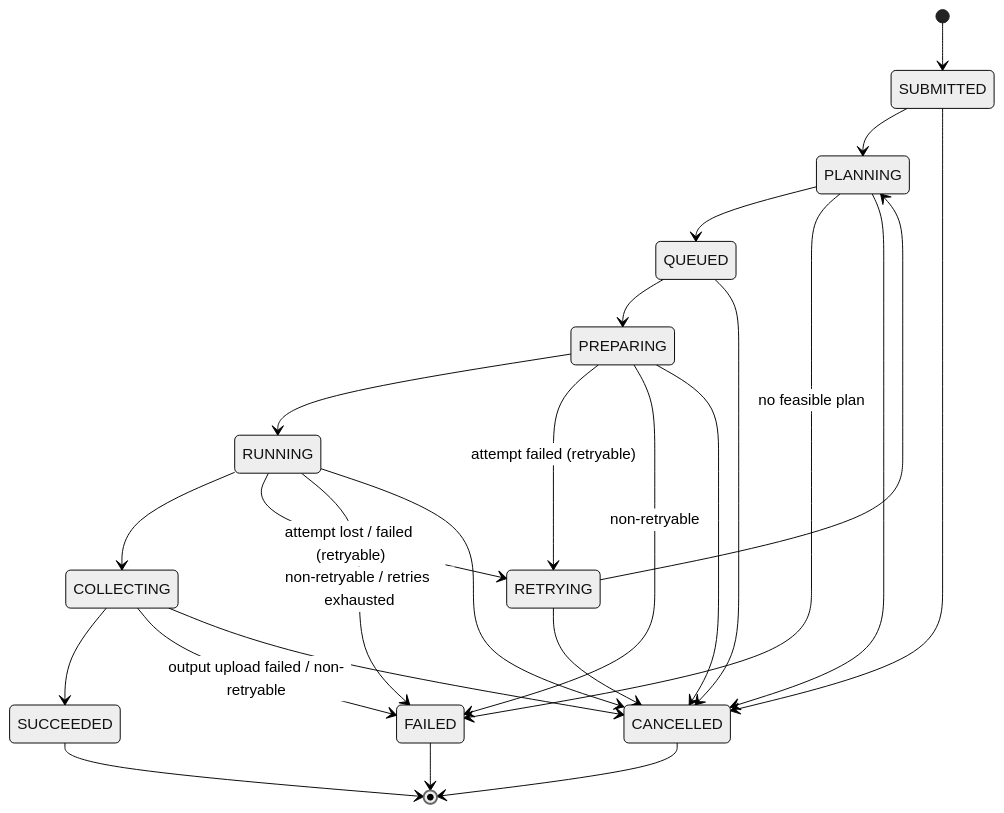
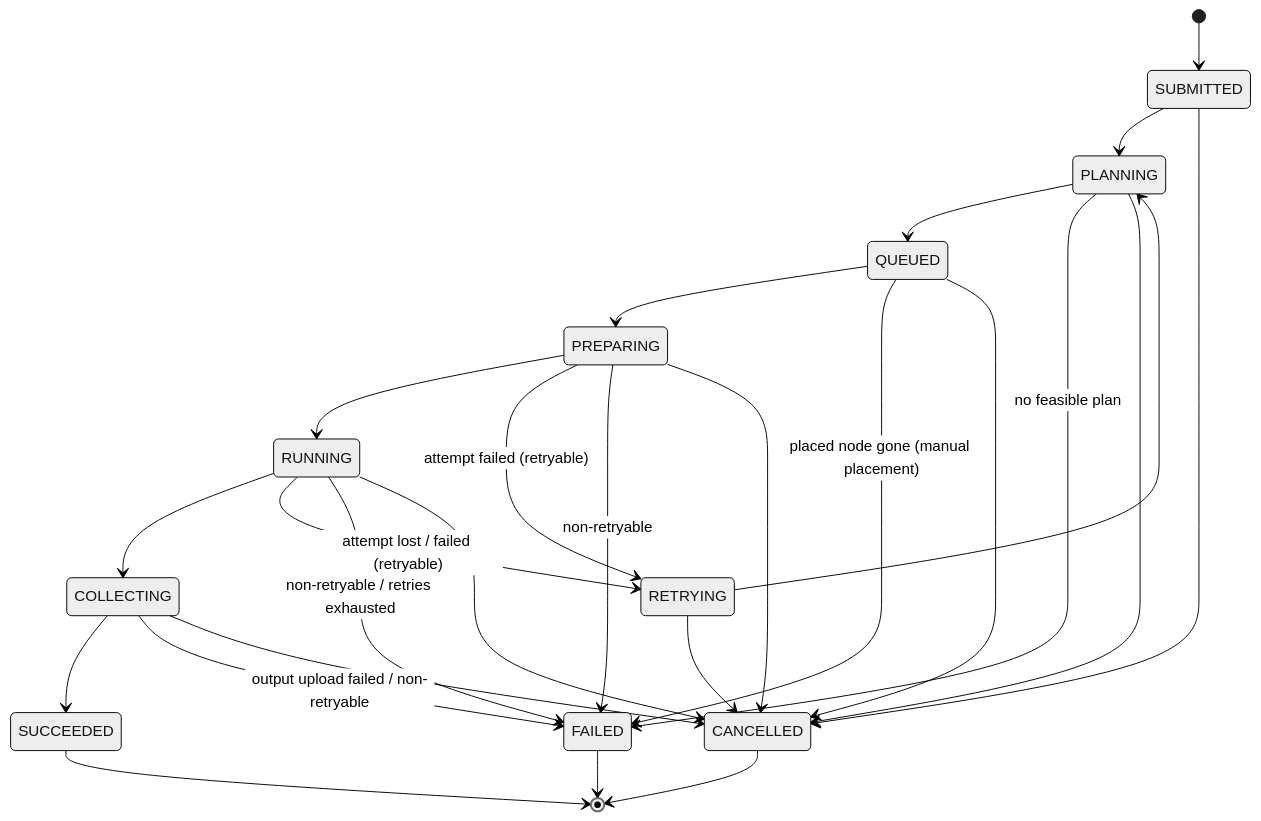
Before and after one commit to tony19053000/finalyear: diagram 11 of 17 in docs/ARCHITECTURE.md, drawn with Mermaid (neutral theme). The commit also changed other lines of this file and 11 other files, not shown here.

````diff
--- a/docs/ARCHITECTURE.md
+++ b/docs/ARCHITECTURE.md
@@ -431,27 +431,28 @@
 ```mermaid
 stateDiagram-v2
     [*] --> SUBMITTED
     SUBMITTED --> PLANNING
     PLANNING --> QUEUED
     PLANNING --> FAILED: no feasible plan
     QUEUED --> PREPARING
+    QUEUED --> FAILED: placed node gone (manual placement)
     PREPARING --> RUNNING
     RUNNING --> COLLECTING
     COLLECTING --> SUCCEEDED
     COLLECTING --> FAILED: output upload failed / non-retryable
     PREPARING --> RETRYING: attempt failed (retryable)
     RUNNING --> RETRYING: attempt lost / failed (retryable)
     RETRYING --> PLANNING
     PLANNING --> CANCELLED
     RETRYING --> CANCELLED
     PREPARING --> FAILED: non-retryable
     RUNNING --> FAILED: non-retryable / retries exhausted
     SUBMITTED --> CANCELLED
     QUEUED --> CANCELLED
     PREPARING --> CANCELLED
     RUNNING --> CANCELLED
     COLLECTING --> CANCELLED
     SUCCEEDED --> [*]
     FAILED --> [*]
     CANCELLED --> [*]
 ```
````
